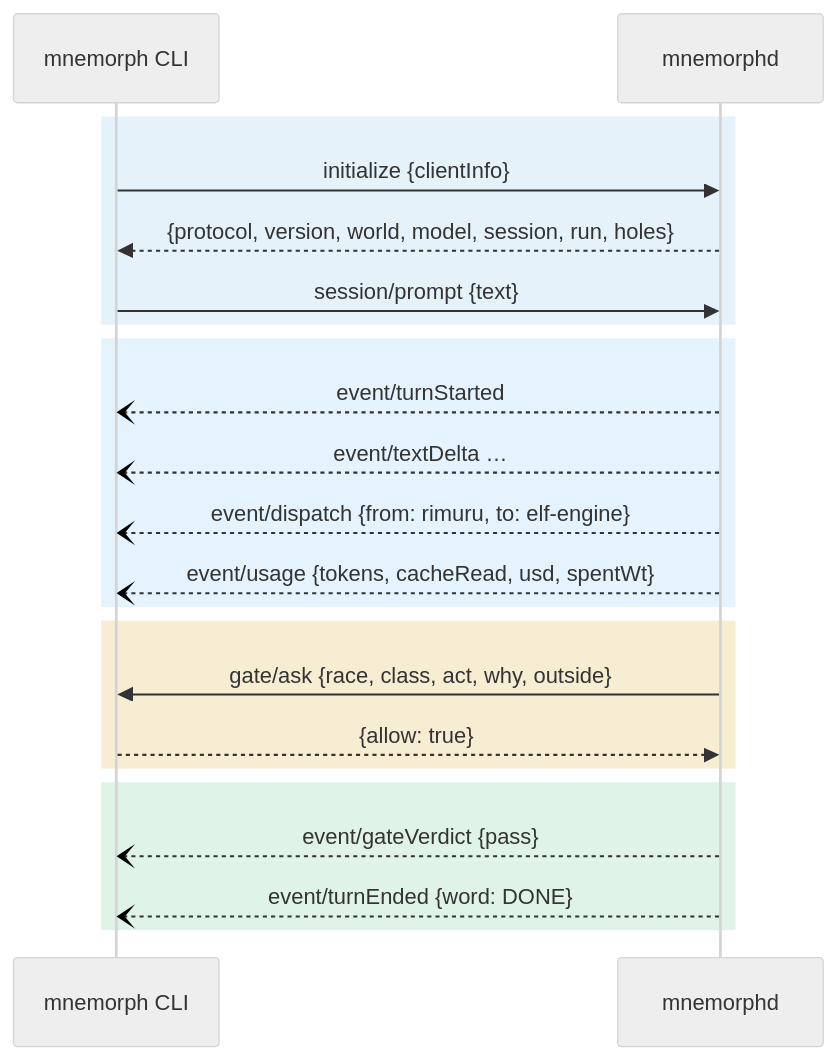
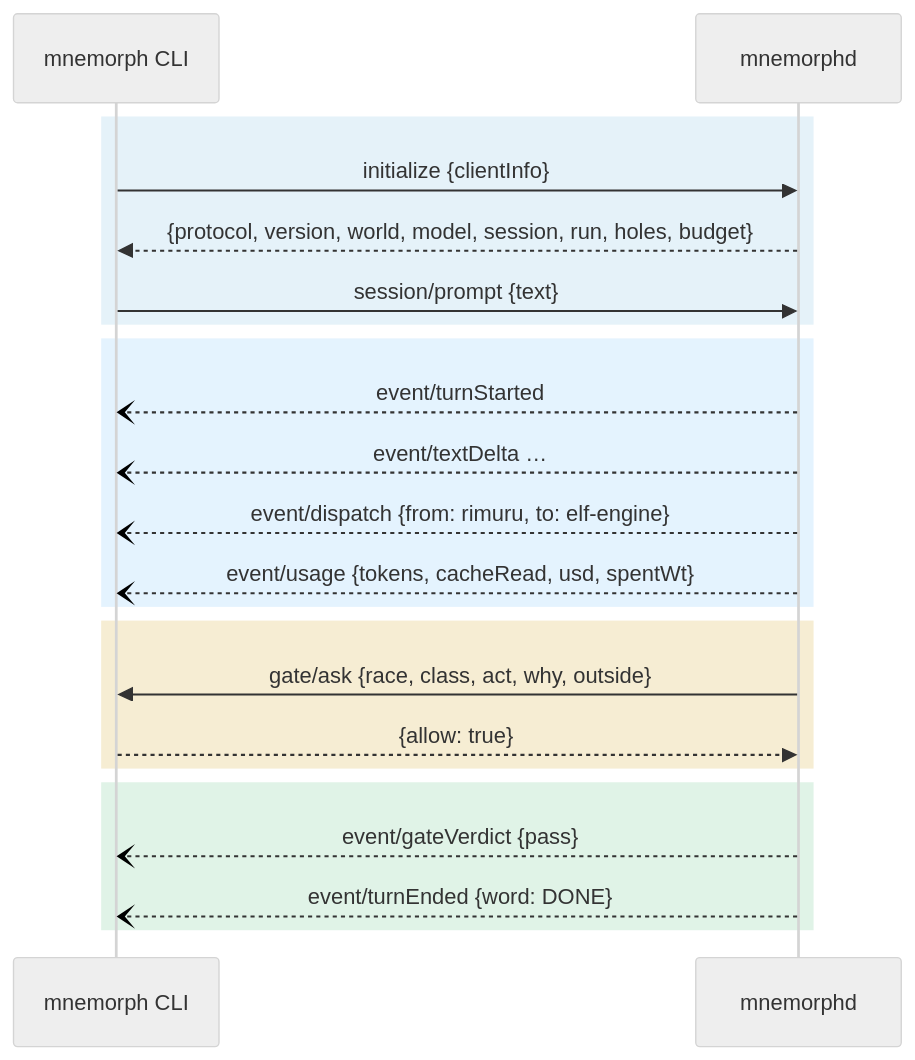
The fourth of 4 diagrams in docs/04-communication.md (Kaginari/mnemorph), drawn with Mermaid before and after one commit. The commit also changed other lines of this file and 11 other files, not shown here.

````diff
--- a/docs/04-communication.md
+++ b/docs/04-communication.md
@@ -258,31 +258,31 @@
 ```mermaid
 ---
 config:
   look: handDrawn
   theme: neutral
   flowchart:
     wrappingWidth: 360
 ---
 sequenceDiagram
     participant CLI as mnemorph CLI
     participant D as mnemorphd
     rect rgba(2,132,199,0.10)
     CLI->>D: initialize {clientInfo}
-    D-->>CLI: {protocol, version, world, model, session, run, holes}
+    D-->>CLI: {protocol, version, world, model, session, run, holes, budget}
     CLI->>D: session/prompt {text}
     end
     rect rgba(63,169,245,0.14)
     D--)CLI: event/turnStarted
     D--)CLI: event/textDelta …
     D--)CLI: event/dispatch {from: rimuru, to: elf-engine}
     D--)CLI: event/usage {tokens, cacheRead, usd, spentWt}
     end
     rect rgba(212,175,55,0.22)
     D->>CLI: gate/ask {race, class, act, why, outside}
     CLI-->>D: {allow: true}
     end
     rect rgba(22,163,74,0.13)
     D--)CLI: event/gateVerdict {pass}
     D--)CLI: event/turnEnded {word: DONE}
     end
 ```
````
